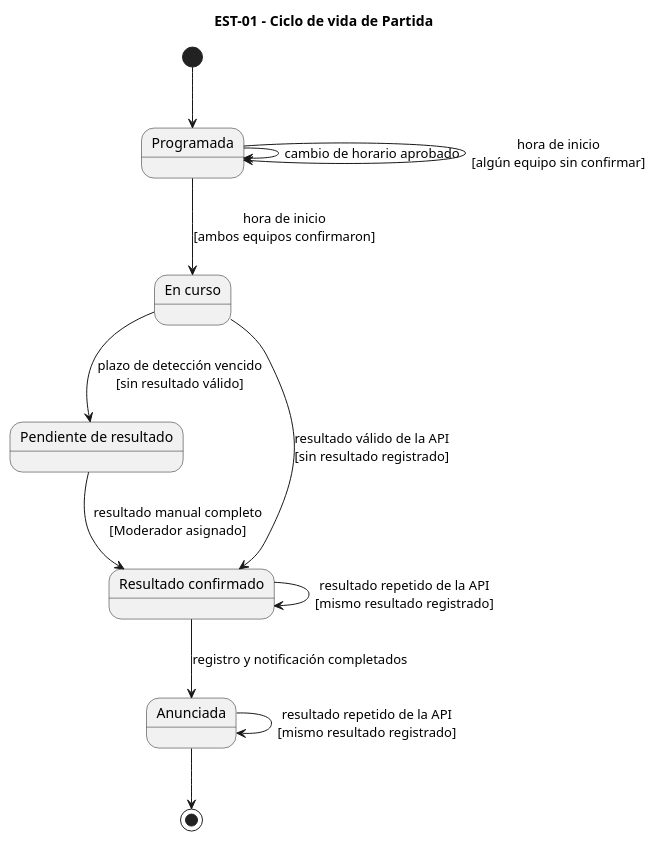
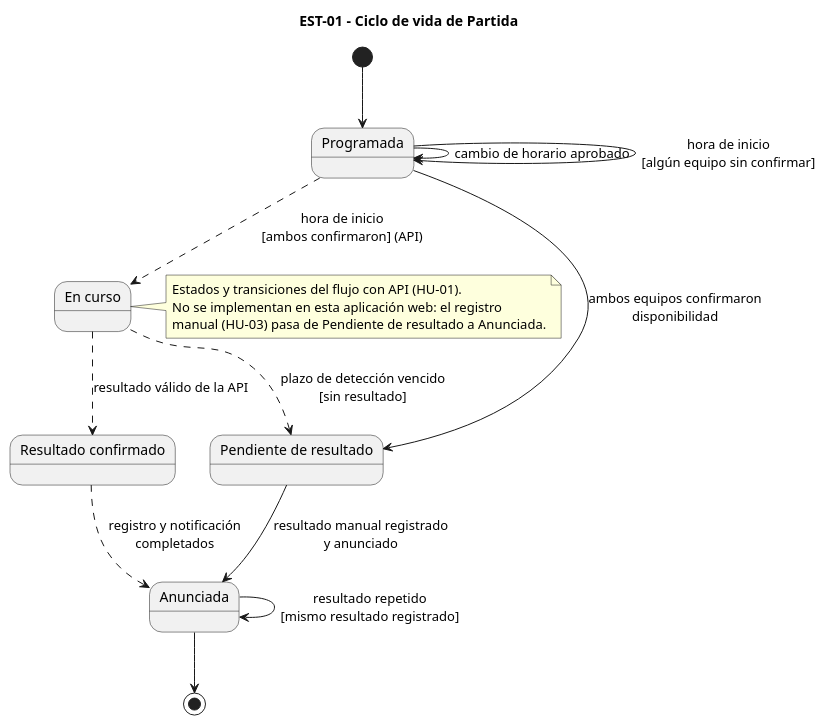
One commit to E-SportsFocus/Organizacion_de_torneos changed the diagram in diagramas/est-01.puml. Above: the diagram before and after it, drawn with PlantUML. The commit also changed 38 other files, not shown here.

```diff
--- a/diagramas/est-01.puml
+++ b/diagramas/est-01.puml
@@ -1,20 +1,28 @@
 @startuml est-01
 title EST-01 - Ciclo de vida de Partida
 
 [*] --> Programada
 
 Programada --> Programada : cambio de horario aprobado
 Programada --> Programada : hora de inicio\n[algún equipo sin confirmar]
-Programada --> EnCurso : hora de inicio\n[ambos equipos confirmaron]
-EnCurso --> Pendiente : plazo de detección vencido\n[sin resultado válido]
-EnCurso --> Confirmado : resultado válido de la API\n[sin resultado registrado]
-Pendiente --> Confirmado : resultado manual completo\n[Moderador asignado]
-Confirmado --> Confirmado : resultado repetido de la API\n[mismo resultado registrado]
-Confirmado --> Anunciada : registro y notificación completados
-Anunciada --> Anunciada : resultado repetido de la API\n[mismo resultado registrado]
+Programada --> Pendiente : ambos equipos confirmaron\ndisponibilidad
+Pendiente --> Anunciada : resultado manual registrado\ny anunciado
+Anunciada --> Anunciada : resultado repetido\n[mismo resultado registrado]
 Anunciada --> [*]
+
+' Flujo con API (HU-01), no implementado en la aplicación web
+Programada -[dashed]-> EnCurso : hora de inicio\n[ambos confirmaron] (API)
+EnCurso -[dashed]-> Confirmado : resultado válido de la API
+EnCurso -[dashed]-> Pendiente : plazo de detección vencido\n[sin resultado]
+Confirmado -[dashed]-> Anunciada : registro y notificación\ncompletados
 
 state "En curso" as EnCurso
 state "Pendiente de resultado" as Pendiente
 state "Resultado confirmado" as Confirmado
+
+note right of EnCurso
+  Estados y transiciones del flujo con API (HU-01).
+  No se implementan en esta aplicación web: el registro
+  manual (HU-03) pasa de Pendiente de resultado a Anunciada.
+end note
 @enduml
```
